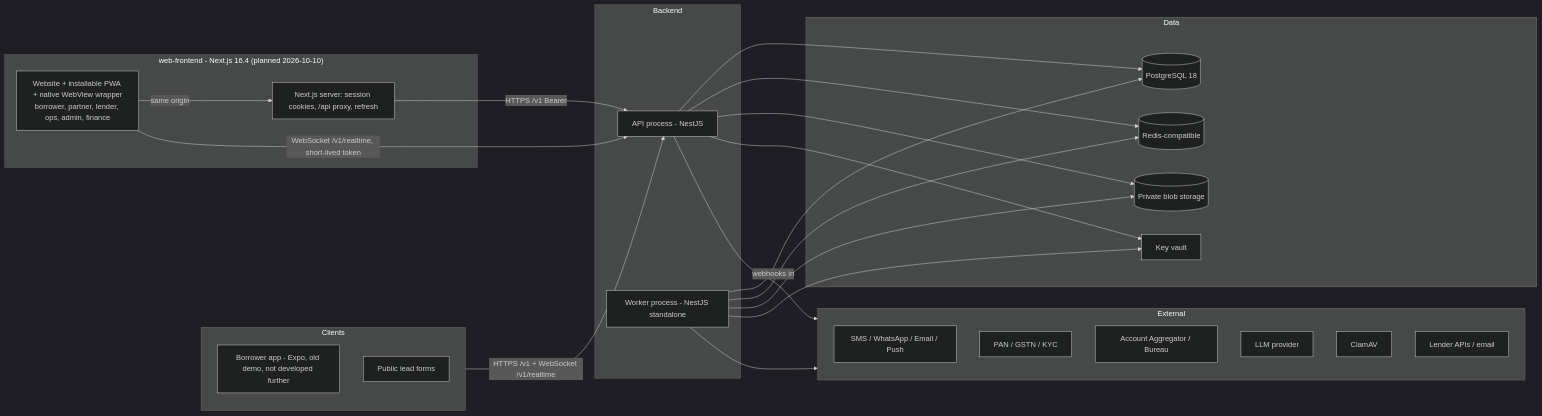
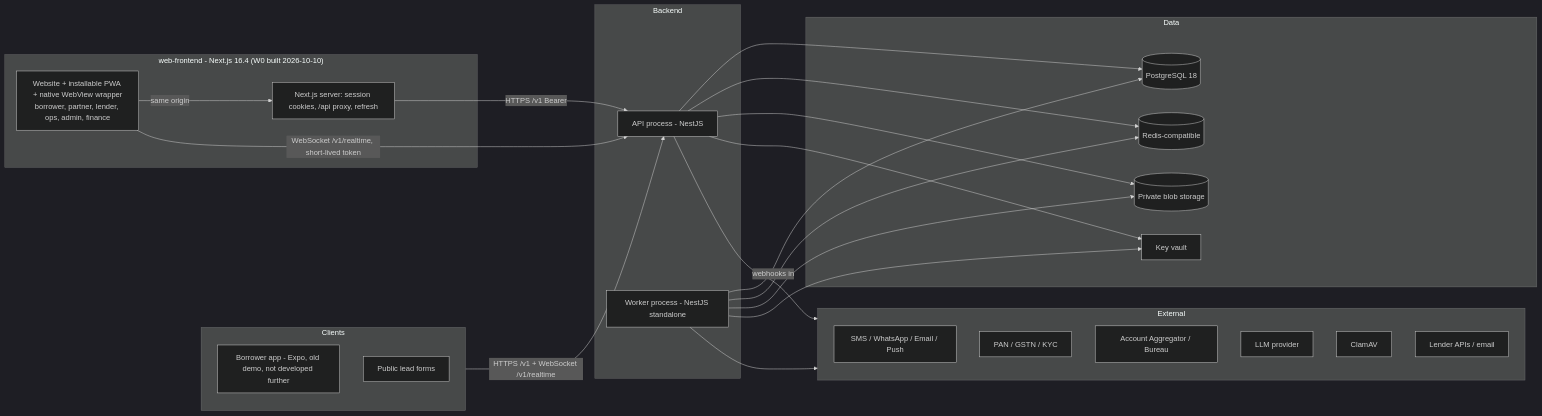
The first of 16 diagrams in docs/ARCHITECTURE.md (Shaikhfaruk/fundenflo), drawn with Mermaid (dark theme) before and after one commit. The commit also changed 212 other files, not shown here.

First line of the commit message:
Web frontend W0: foundation, sign-in and first screens

````diff
--- a/docs/ARCHITECTURE.md
+++ b/docs/ARCHITECTURE.md
@@ -23,43 +23,43 @@
 ```mermaid
 flowchart LR
   subgraph Clients
     APP[Borrower app - Expo, old demo, not developed further]
     PUB[Public lead forms]
   end
-  subgraph Web["web-frontend - Next.js 16.4 (planned 2026-10-10)"]
+  subgraph Web["web-frontend - Next.js 16.4 (W0 built 2026-10-10)"]
     UI[Website + installable PWA + native WebView wrapper<br/>borrower, partner, lender, ops, admin, finance]
     BFF[Next.js server: session cookies, /api proxy, refresh]
   end
   UI -->|same origin| BFF
   BFF -->|HTTPS /v1 Bearer| API
   UI -->|WebSocket /v1/realtime, short-lived token| API
   subgraph Backend
     API[API process - NestJS]
     WRK[Worker process - NestJS standalone]
   end
   subgraph Data
     PG[(PostgreSQL 18)]
     RD[(Redis-compatible)]
     BL[(Private blob storage)]
     KV[Key vault]
   end
   subgraph External
     SMS[SMS / WhatsApp / Email / Push]
     KYC[PAN / GSTN / KYC]
     AA[Account Aggregator / Bureau]
     LLM[LLM provider]
     AV[ClamAV]
     LND[Lender APIs / email]
   end
   Clients -->|HTTPS /v1 + WebSocket /v1/realtime| API
   API --> PG
   API --> RD
   API --> BL
   API --> KV
   WRK --> PG
   WRK --> RD
   WRK --> BL
   WRK --> KV
   WRK --> External
   API -->|webhooks in| External
 ```
````
